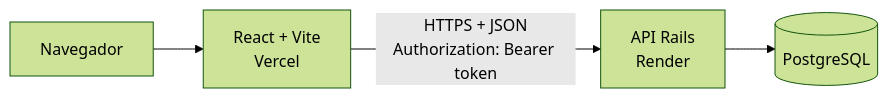
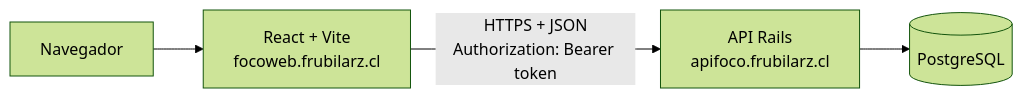
Before and after one commit to Bryan4631/foco-web: the first of 2 diagrams in README.md, drawn with Mermaid (forest theme). The commit also changed other lines of this file and 6 other files, not shown here.

````diff
--- a/README.md
+++ b/README.md
@@ -38,6 +38,6 @@
 ```mermaid
 flowchart LR
-    U[Navegador] --> F[React + Vite<br/>Vercel]
-    F -- "HTTPS + JSON<br/>Authorization: Bearer token" --> A[API Rails<br/>Render]
+    U[Navegador] --> F[React + Vite<br/>focoweb.frubilarz.cl]
+    F -- "HTTPS + JSON<br/>Authorization: Bearer token" --> A[API Rails<br/>apifoco.frubilarz.cl]
     A --> D[(PostgreSQL)]
 ```
````
